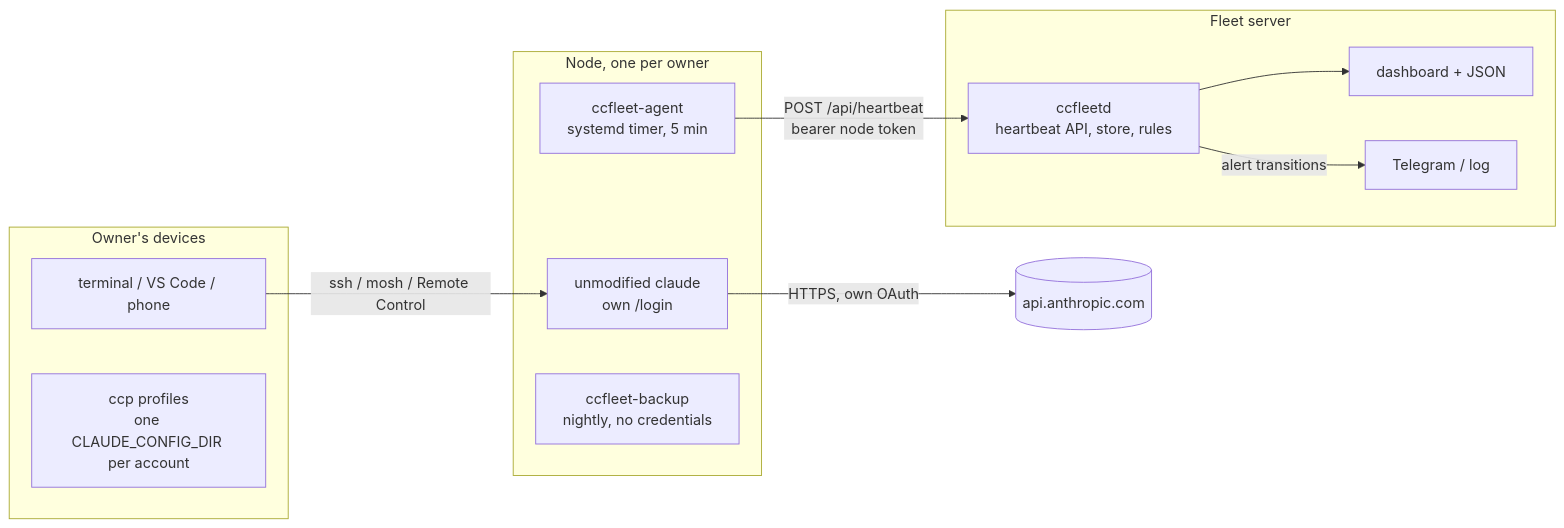
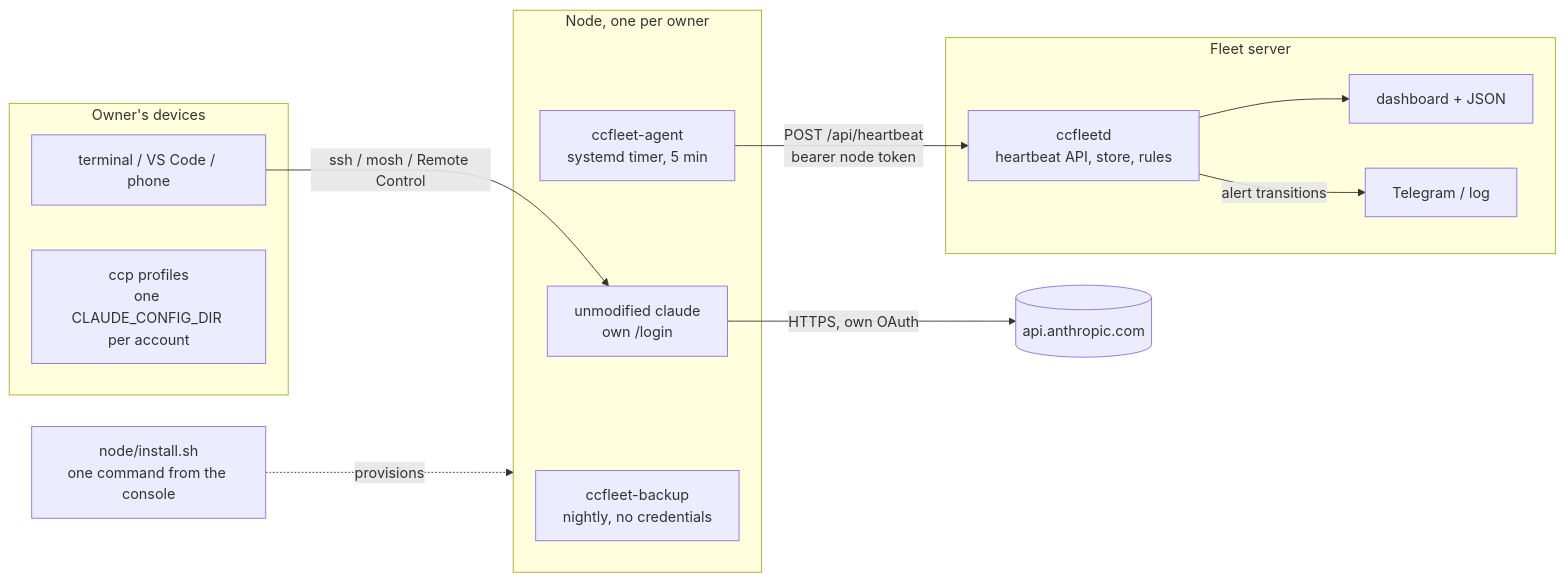
Before and after one commit to cdcupt/ccfleet: the first of 2 diagrams in docs/design.md, drawn with Mermaid. The commit also changed other lines of this file, not shown here.

````diff
--- a/docs/design.md
+++ b/docs/design.md
@@ -14,22 +14,23 @@
 ```mermaid
 flowchart LR
   subgraph laptop [Owner's devices]
     T[terminal / VS Code / phone]
     P[ccp profiles<br/>one CLAUDE_CONFIG_DIR per account]
   end
   subgraph node [Node, one per owner]
     C[unmodified claude<br/>own /login]
     A[ccfleet-agent<br/>systemd timer, 5 min]
     B[ccfleet-backup<br/>nightly, no credentials]
   end
   subgraph server [Fleet server]
     D[ccfleetd<br/>heartbeat API, store, rules]
     W[dashboard + JSON]
     N[Telegram / log]
   end
+  I[node/install.sh<br/>one command from the console] -.provisions.-> node
   T -- ssh / mosh / Remote Control --> C
   C -- HTTPS, own OAuth --> API[(api.anthropic.com)]
   A -- POST /api/heartbeat<br/>bearer node token --> D
   D --> W
   D -- alert transitions --> N
 ```
````
